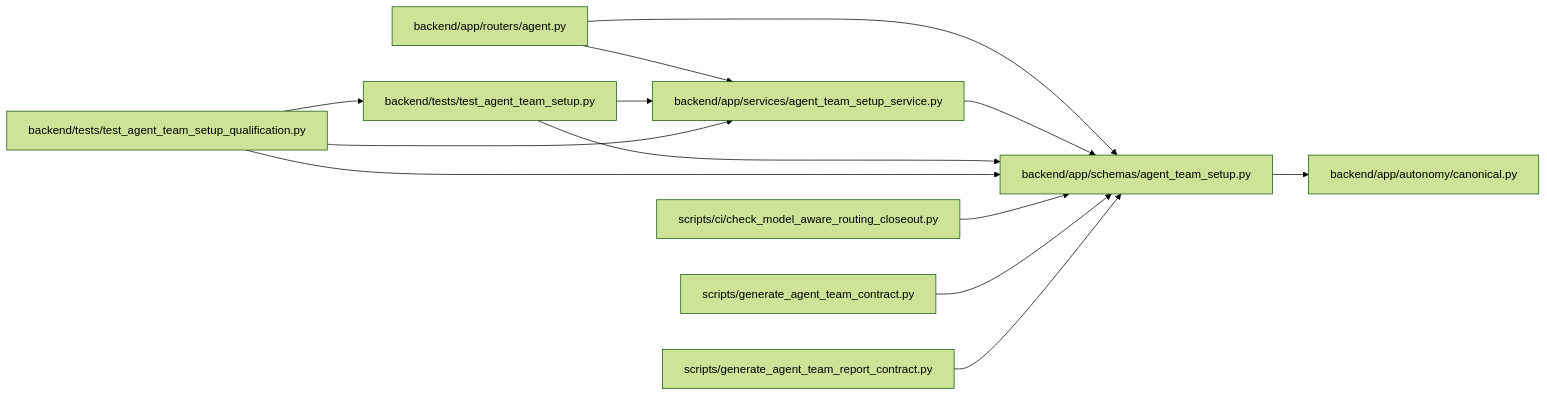
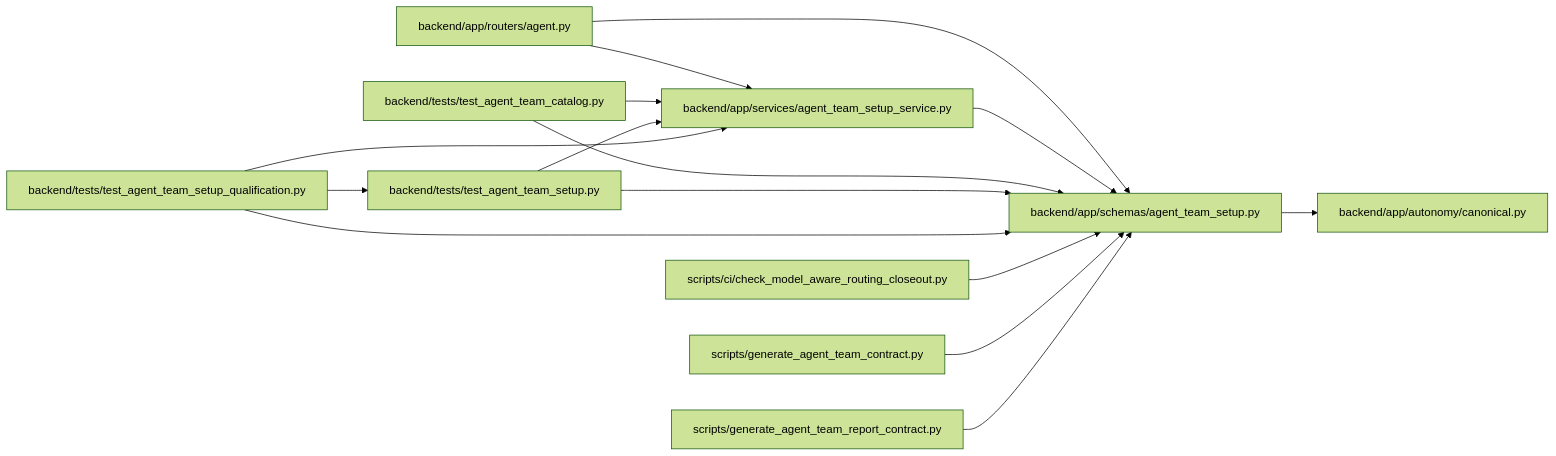
The diagram in docs/llm_wiki/modules/agent_team_setup.md (Denissvgn/WorkChord), drawn with Mermaid (forest theme) before and after one commit. The commit also changed other lines of this file and 239 other files, not shown here.

````diff
--- a/docs/llm_wiki/modules/agent_team_setup.md
+++ b/docs/llm_wiki/modules/agent_team_setup.md
@@ -24,33 +24,37 @@
 ```mermaid
 flowchart LR
     n0["backend/app/autonomy/canonical.py"]
     n1["backend/app/routers/agent.py"]
     n2["backend/app/schemas/agent_team_setup.py"]
     n3["backend/app/services/agent_team_setup_service.py"]
-    n4["backend/tests/test_agent_team_setup.py"]
-    n5["backend/tests/test_agent_team_setup_qualification.py"]
-    n6["scripts/ci/check_model_aware_routing_closeout.py"]
-    n7["scripts/generate_agent_team_contract.py"]
-    n8["scripts/generate_agent_team_report_contract.py"]
+    n4["backend/tests/test_agent_team_catalog.py"]
+    n5["backend/tests/test_agent_team_setup.py"]
+    n6["backend/tests/test_agent_team_setup_qualification.py"]
+    n7["scripts/ci/check_model_aware_routing_closeout.py"]
+    n8["scripts/generate_agent_team_contract.py"]
+    n9["scripts/generate_agent_team_report_contract.py"]
     n1 --> n2
     n1 --> n3
     n2 --> n0
     n3 --> n2
     n4 --> n2
     n4 --> n3
     n5 --> n2
     n5 --> n3
-    n5 --> n4
     n6 --> n2
+    n6 --> n3
+    n6 --> n5
     n7 --> n2
     n8 --> n2
+    n9 --> n2
     click n0 "../modules/autonomy_canonical.md"
     click n1 "../modules/routers_agent.md"
     click n2 "../modules/agent_team_setup.md"
     click n3 "../modules/agent_team_setup_service.md"
-    click n4 "../modules/test_agent_team_setup.md"
-    click n5 "../modules/test_agent_team_setup_qualification.md"
-    click n6 "../modules/check_model_aware_routing_closeout.md"
-    click n7 "../modules/generate_agent_team_contract.md"
-    click n8 "../modules/generate_agent_team_report_contract.md"
+    click n4 "../modules/test_agent_team_catalog.md"
+    click n5 "../modules/test_agent_team_setup.md"
+    click n6 "../modules/test_agent_team_setup_qualification.md"
+    click n7 "../modules/check_model_aware_routing_closeout.md"
+    click n8 "../modules/generate_agent_team_contract.md"
+    click n9 "../modules/generate_agent_team_report_contract.md"
 ```
````
